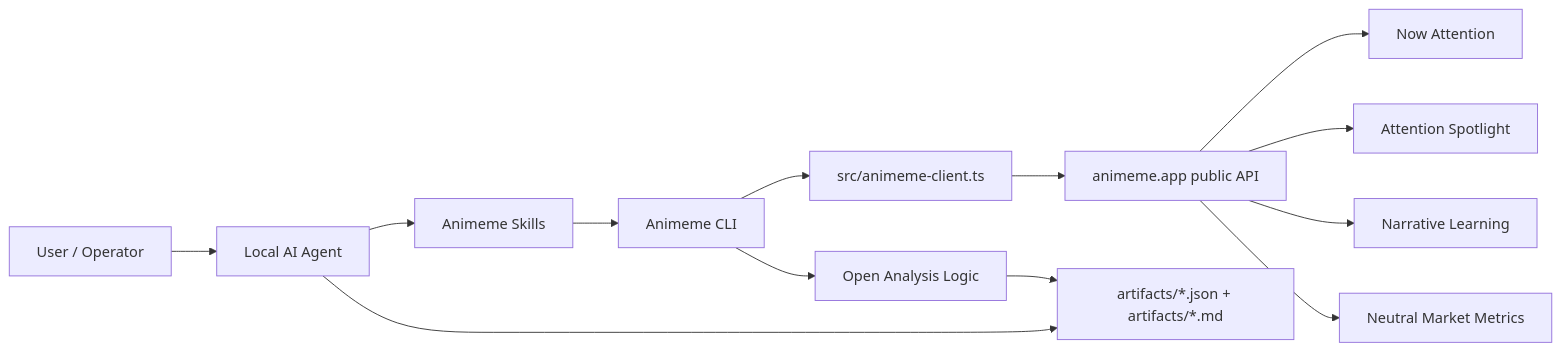
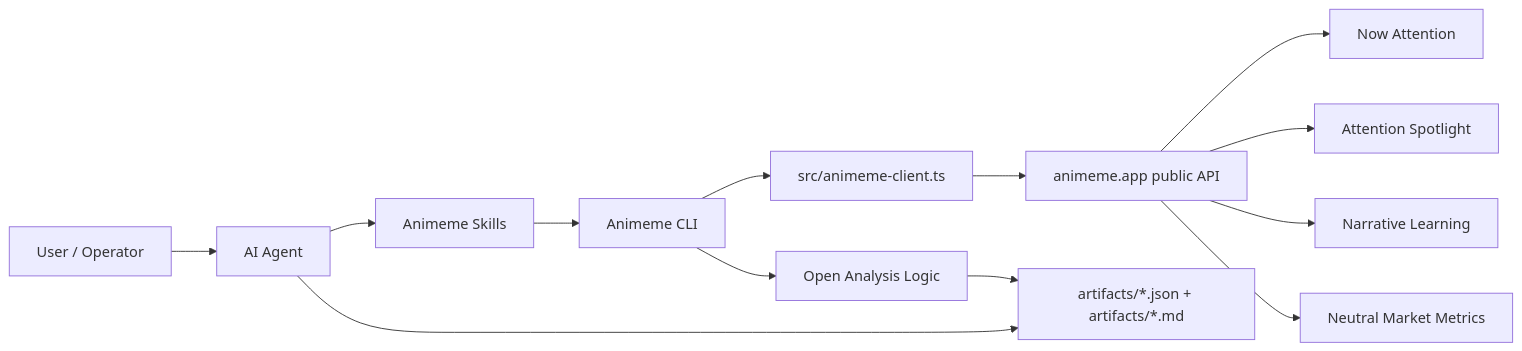
Before and after one commit to animeme99/Animeme-Agent: the first of 6 diagrams in README.md, drawn with Mermaid. The commit also changed other lines of this file and 6 other files, not shown here.

Commit message:
Make agent docs end-user focused

````diff
--- a/README.md
+++ b/README.md
@@ -52,15 +52,15 @@
 ```mermaid
 flowchart LR
-    User["User / Operator"] --> Agent["Local AI Agent"]
+    User["User / Operator"] --> Agent["AI Agent"]
     Agent --> Skills["Animeme Skills"]
     Skills --> CLI["Animeme CLI"]
     CLI --> Client["src/animeme-client.ts"]
     Client --> PublicAPI["animeme.app public API"]
     PublicAPI --> Attention["Now Attention"]
     PublicAPI --> Spotlight["Attention Spotlight"]
     PublicAPI --> Learning["Narrative Learning"]
     PublicAPI --> Market["Neutral Market Metrics"]
     CLI --> Logic["Open Analysis Logic"]
     Logic --> Artifacts["artifacts/*.json + artifacts/*.md"]
     Agent --> Artifacts
 ```
````
